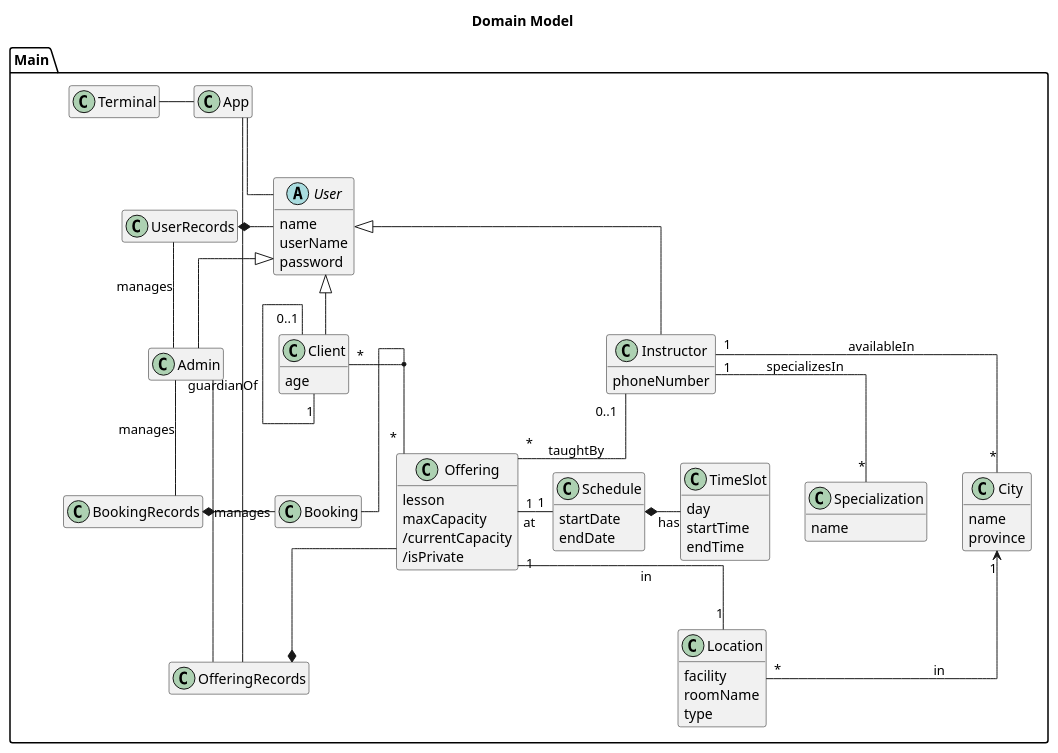
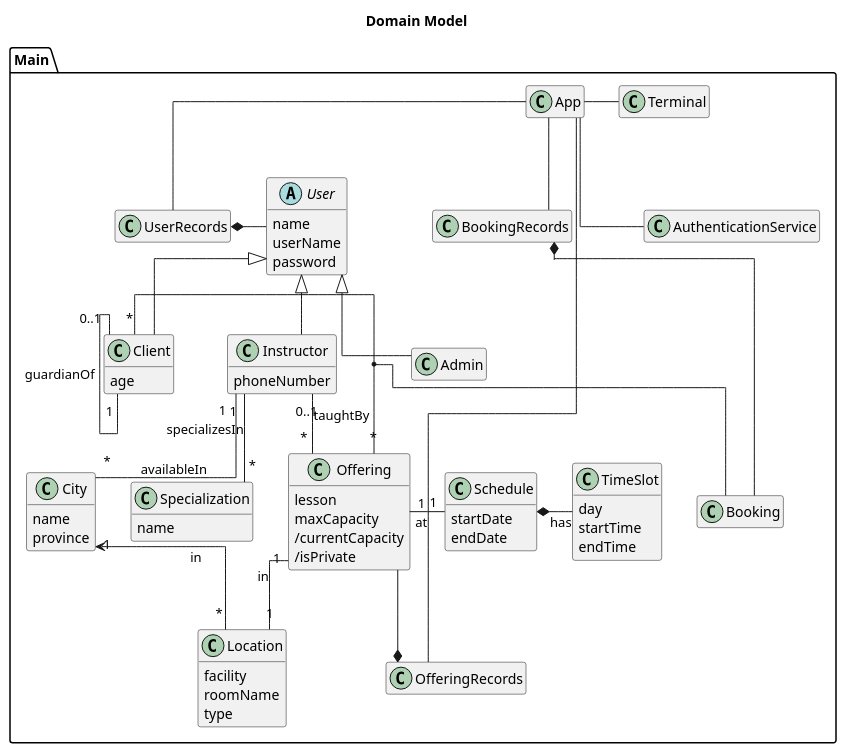
The diagram in diagrams/src/domain-model.pu (NathanGrenier/SOEN-342-Project), drawn with PlantUML before and after one commit.

Commit message:
1: Made slight changes to domain model

```diff
--- a/diagrams/src/domain-model.pu
+++ b/diagrams/src/domain-model.pu
@@ -1,95 +1,90 @@
 @startuml Domain Model
 title Domain Model
 
 hide empty members
 skinparam linetype ortho
 
 package Main {
     class Terminal {}
     class App {}
+    class AuthenticationService {}
 
     class UserRecords {}
     abstract User {
         name
         userName
         password
     }
     class Client {
         age
     }
     class Specialization {
         name
     }
     class Instructor {
         phoneNumber
     }
     class Admin {}
 
     class OfferingRecords {}
     class Offering {
         lesson
         maxCapacity
         /currentCapacity
         /isPrivate
     }
 
     class City {
         name
         province
     }
     class Location {
         facility
         roomName
         type
     }
 
     class Schedule {
         startDate
         endDate
     }
     class TimeSlot {
         day
         startTime
         endTime
     }
 
     class BookingRecords {}
     class Booking {}
 
-    Terminal - App
-    App -- User
+    App - Terminal
+    App -- AuthenticationService
+    App -- UserRecords
     App -- OfferingRecords
-    ' Terminal -up- User 
-    ' Terminal -left- App 
-    ' User -up- Terminal
+    App -- BookingRecords
 
     User <|-- Client
     User <|-- Instructor
     User <|-- Admin
 
     UserRecords *- User 
 
     Location "*" -up-> "1" City: in
 
     Schedule *- TimeSlot: has
 
     Offering --* OfferingRecords
     Offering "1" - "1" Schedule: at
     Offering "1" -- "1" Location: in
 
     Instructor "1" -- "*" Specialization: specializesIn
     Instructor "1" -- "*" City: availableIn
     Instructor "0..1" -- "*" Offering: taughtBy
 
     Client "*" - "*" Offering
     Client "0..1" -- "1" Client: guardianOf
 
     (Client, Offering) -- Booking
     Booking -left-* BookingRecords
-
-
-    Admin -up- UserRecords: manages
-    Admin -- BookingRecords: manages
-    Admin -- OfferingRecords: manages
 }
 @enduml
```
